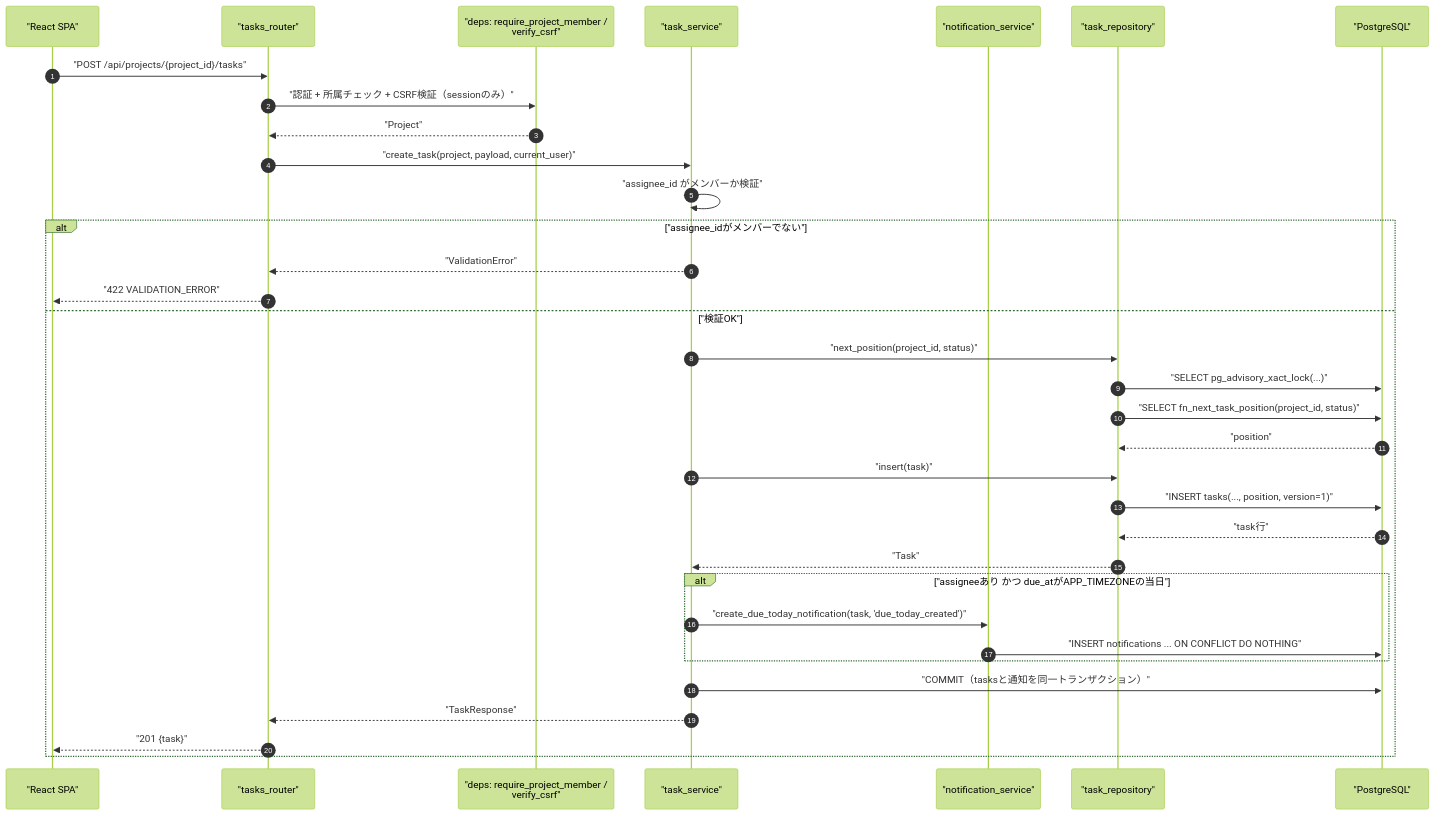
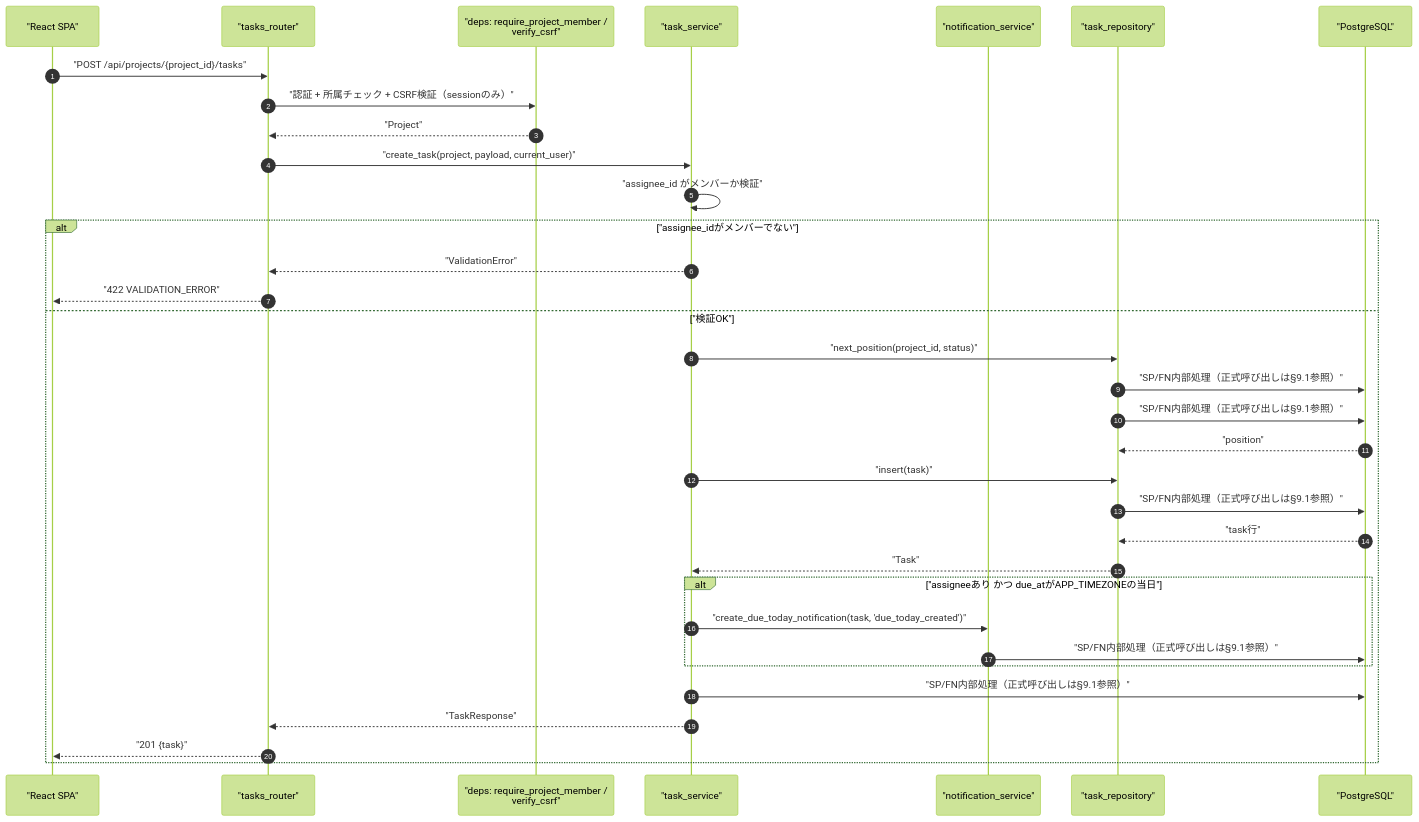
One commit to oikawa-d/task_management changed the first of 4 diagrams in detailed_design/api/tasks/02_post_project_tasks.md. Above: the diagram before and after it, drawn with Mermaid (forest theme). The commit also changed other lines of this file and 58 other files, not shown here.

````diff
--- a/detailed_design/api/tasks/02_post_project_tasks.md
+++ b/detailed_design/api/tasks/02_post_project_tasks.md
@@ -125,37 +125,37 @@
 ```mermaid
 sequenceDiagram
     autonumber
     participant FE as "React SPA"
     participant R as "tasks_router"
     participant D as "deps: require_project_member /<br/>verify_csrf"
     participant S as "task_service"
     participant NS as "notification_service"
     participant TR as "task_repository"
     participant PG as "PostgreSQL"
 
     FE->>R: "POST /api/projects/{project_id}/tasks"
     R->>D: "認証 + 所属チェック + CSRF検証（sessionのみ）"
     D-->>R: "Project"
     R->>S: "create_task(project, payload, current_user)"
     S->>S: "assignee_id がメンバーか検証"
     alt "assignee_idがメンバーでない"
         S-->>R: "ValidationError"
         R-->>FE: "422 VALIDATION_ERROR"
     else "検証OK"
         S->>TR: "next_position(project_id, status)"
-        TR->>PG: "SELECT pg_advisory_xact_lock(...)"
-        TR->>PG: "SELECT fn_next_task_position(project_id, status)"
+        TR->>PG: "SP/FN内部処理（正式呼び出しは§9.1参照）"
+        TR->>PG: "SP/FN内部処理（正式呼び出しは§9.1参照）"
         PG-->>TR: "position"
         S->>TR: "insert(task)"
-        TR->>PG: "INSERT tasks(..., position, version=1)"
+        TR->>PG: "SP/FN内部処理（正式呼び出しは§9.1参照）"
         PG-->>TR: "task行"
         TR-->>S: "Task"
         alt "assigneeあり かつ due_atがAPP_TIMEZONEの当日"
             S->>NS: "create_due_today_notification(task, 'due_today_created')"
-            NS->>PG: "INSERT notifications ... ON CONFLICT DO NOTHING"
+            NS->>PG: "SP/FN内部処理（正式呼び出しは§9.1参照）"
         end
-        S->>PG: "COMMIT（tasksと通知を同一トランザクション）"
+        S->>PG: "SP/FN内部処理（正式呼び出しは§9.1参照）"
         S-->>R: "TaskResponse"
         R-->>FE: "201 {task}"
     end
 ```
````
